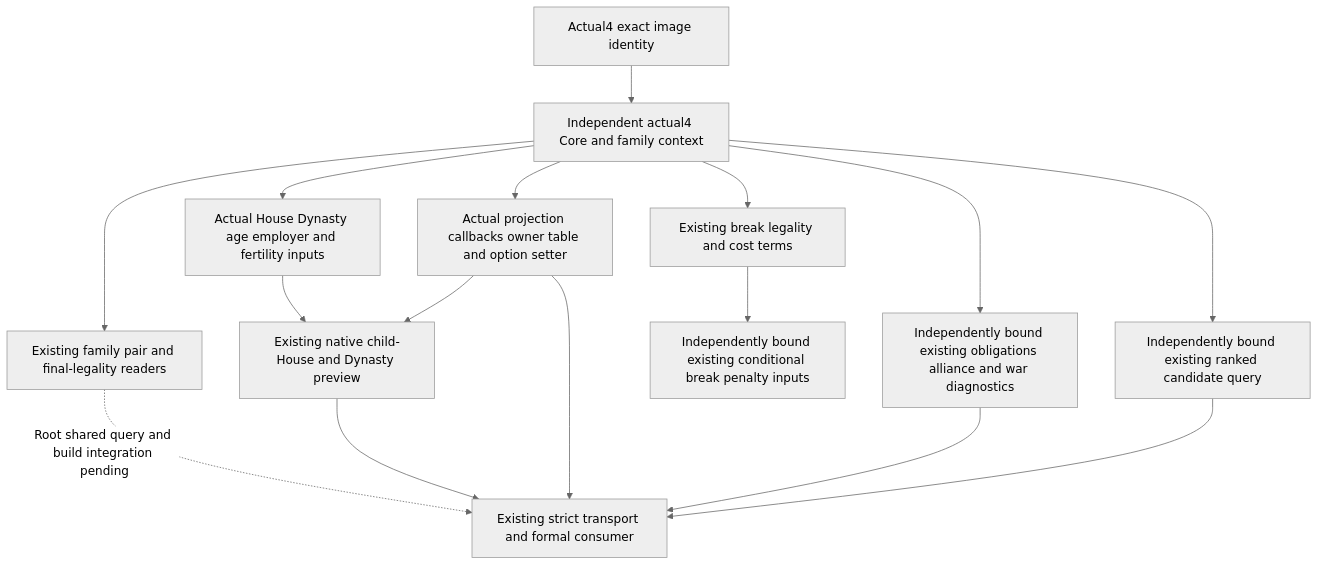
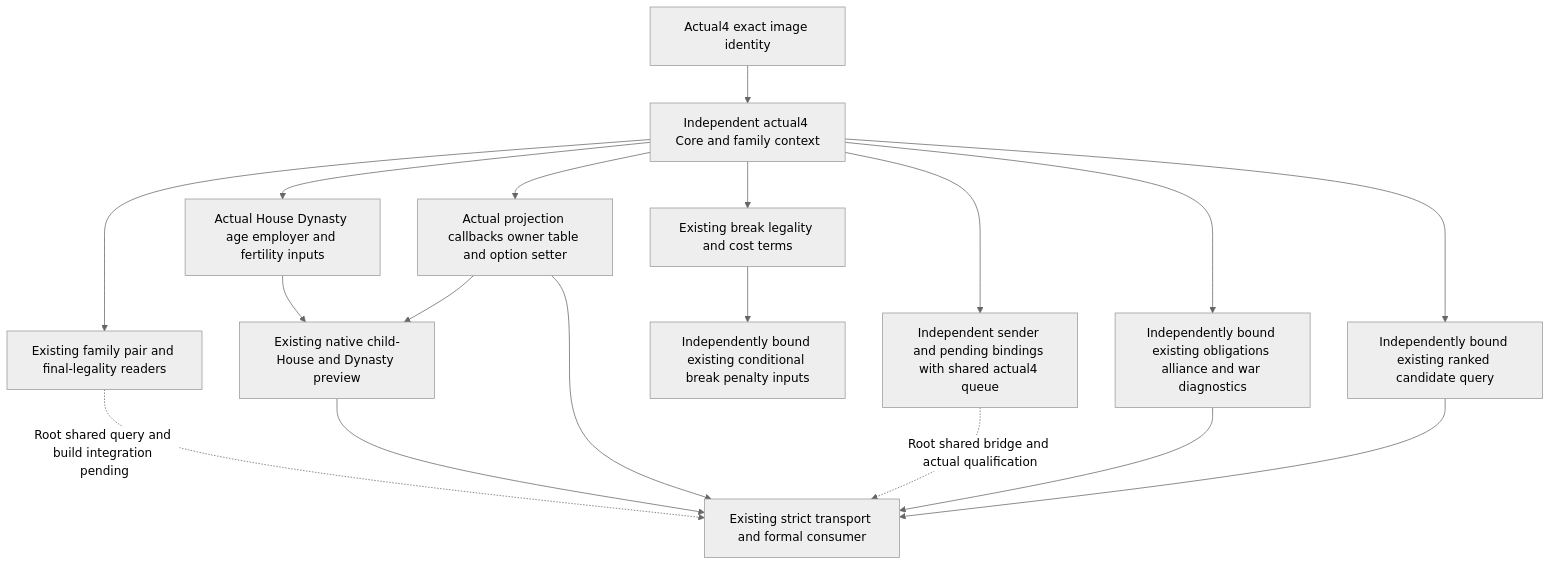
One commit to XenoAmess/ck3_eternal_recurrence changed the diagram in docs/ck3-native-ai/family-bindings-12004.md. Above: the diagram before and after it, drawn with Mermaid (neutral theme). The commit also changed other lines of this file and 2 other files, not shown here.

Commit message:
Bind adopted marriage sender and pending reads to CK3 1.20.0.4

````diff
--- a/docs/ck3-native-ai/family-bindings-12004.md
+++ b/docs/ck3-native-ai/family-bindings-12004.md
@@ -27,18 +29,20 @@
 ```mermaid
 flowchart TD
   I[Actual4 exact image identity] --> C[Independent actual4 Core and family context]
   C --> F[Existing family pair and final-legality readers]
   C --> V[Actual House Dynasty age employer and fertility inputs]
   C --> P[Actual projection callbacks owner table and option setter]
   V --> L[Existing native child-House and Dynasty preview]
   P --> L
   C --> B[Existing break legality and cost terms]
   B --> BP[Independently bound existing conditional break penalty inputs]
   F -. Root shared query and build integration pending .-> O[Existing strict transport and formal consumer]
   L --> O
   P --> O
+  C --> S[Independent sender and pending bindings with shared actual4 queue]
+  S -. Root shared bridge and actual qualification .-> O
   C --> A[Independently bound existing obligations alliance and war diagnostics]
   A --> O
   C --> R[Independently bound existing ranked candidate query]
   R --> O
 ```
````
